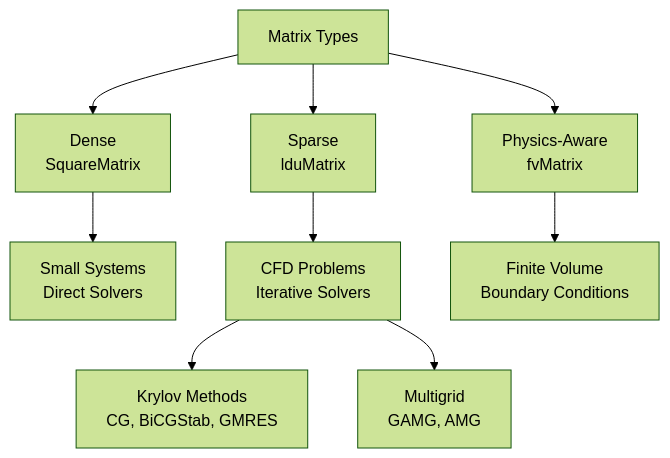
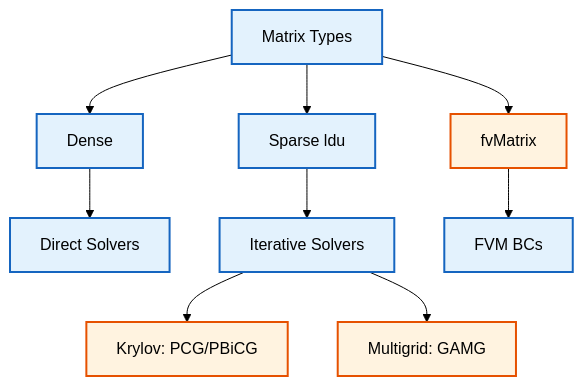
Before and after one commit to wramet/build-my-cfd: the diagram in MODULE_05_OPENFOAM_PROGRAMMING/CONTENT/06_MATRICES_LINEARALGEBRA/01_Introduction.md, drawn with Mermaid (forest theme). The commit also changed 313 other files, not shown here.

Commit message:
Revise all diagram

````diff
--- a/MODULE_05_OPENFOAM_PROGRAMMING/CONTENT/06_MATRICES_LINEARALGEBRA/01_Introduction.md
+++ b/MODULE_05_OPENFOAM_PROGRAMMING/CONTENT/06_MATRICES_LINEARALGEBRA/01_Introduction.md
@@ -43,13 +43,15 @@
 ```mermaid
 flowchart TD
-    A[Matrix Types] --> B[Dense<br/>SquareMatrix]
-    A --> C[Sparse<br/>lduMatrix]
-    A --> D[Physics-Aware<br/>fvMatrix]
-
-    B --> E[Small Systems<br/>Direct Solvers]
-    C --> F[CFD Problems<br/>Iterative Solvers]
-    D --> G[Finite Volume<br/>Boundary Conditions]
-
-    F --> H[Krylov Methods<br/>CG, BiCGStab, GMRES]
-    F --> I[Multigrid<br/>GAMG, AMG]
+%% Classes
+classDef explicit fill:#fff3e0,stroke:#e65100,stroke-width:2px;
+classDef implicit fill:#e3f2fd,stroke:#1565c0,stroke-width:2px;
+%% Nodes
+A[Matrix Types]:::implicit --> B[Dense]:::implicit
+A --> C[Sparse ldu]:::implicit
+A --> D[fvMatrix]:::explicit
+B --> E[Direct Solvers]:::implicit
+C --> F[Iterative Solvers]:::implicit
+D --> G[FVM BCs]:::implicit
+F --> H[Krylov: PCG/PBiCG]:::explicit
+F --> I[Multigrid: GAMG]:::explicit
 ```
````
